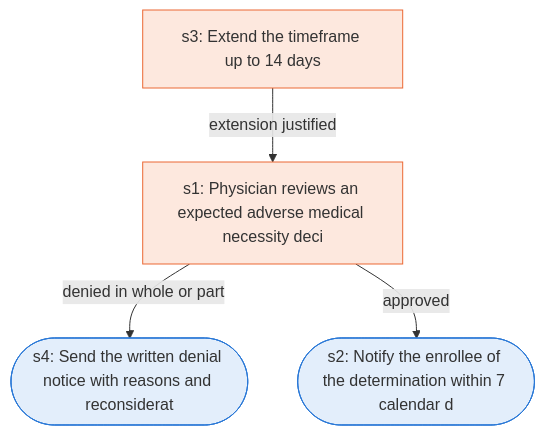
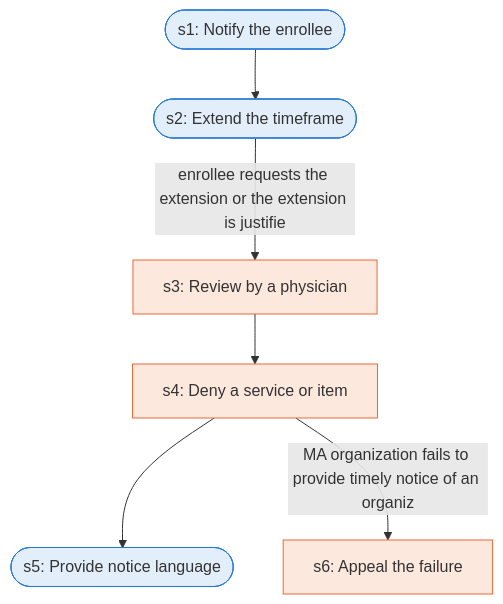
The diagram in docs/runbooks/pa_ma_standard_determination.md (Jitesh-Mishra/sop-to-agent-workflows), drawn with Mermaid before and after one commit. The commit also changed other lines of this file and 172 other files, not shown here.

````diff
--- a/docs/runbooks/pa_ma_standard_determination.md
+++ b/docs/runbooks/pa_ma_standard_determination.md
@@ -7,14 +7,18 @@
 ```mermaid
 flowchart TD
-  s1["s1: Physician reviews an expected adverse medical necessity deci"]
-  s2(["s2: Notify the enrollee of the determination within 7 calendar d"])
-  s3["s3: Extend the timeframe up to 14 days"]
-  s4(["s4: Send the written denial notice with reasons and reconsiderat"])
-  s3 -->|extension justified| s1
-  s1 -->|denied in whole or part| s4
-  s1 -->|approved| s2
+  s1(["s1: Notify the enrollee"])
+  s2(["s2: Extend the timeframe"])
+  s3["s3: Review by a physician"]
+  s4["s4: Deny a service or item"]
+  s5(["s5: Provide notice language"])
+  s6["s6: Appeal the failure"]
+  s1 --> s2
+  s2 -->|enrollee requests the extension or the extension is justifie| s3
+  s3 --> s4
+  s4 --> s5
+  s4 -->|MA organization fails to provide timely notice of an organiz| s6
   classDef agent fill:#e3eefb,stroke:#2a78d6
   classDef human fill:#fde8de,stroke:#eb6834
-  class s2,s4 agent
-  class s1,s3 human
+  class s1,s2,s5 agent
+  class s3,s4,s6 human
 ```
````
